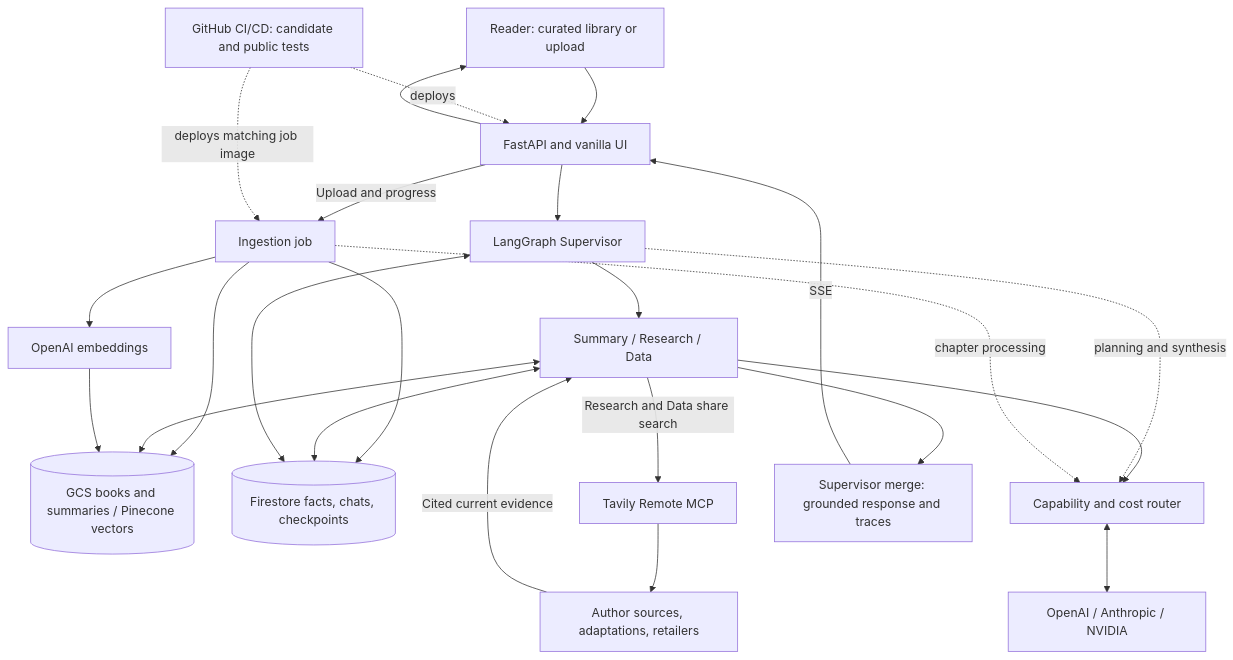
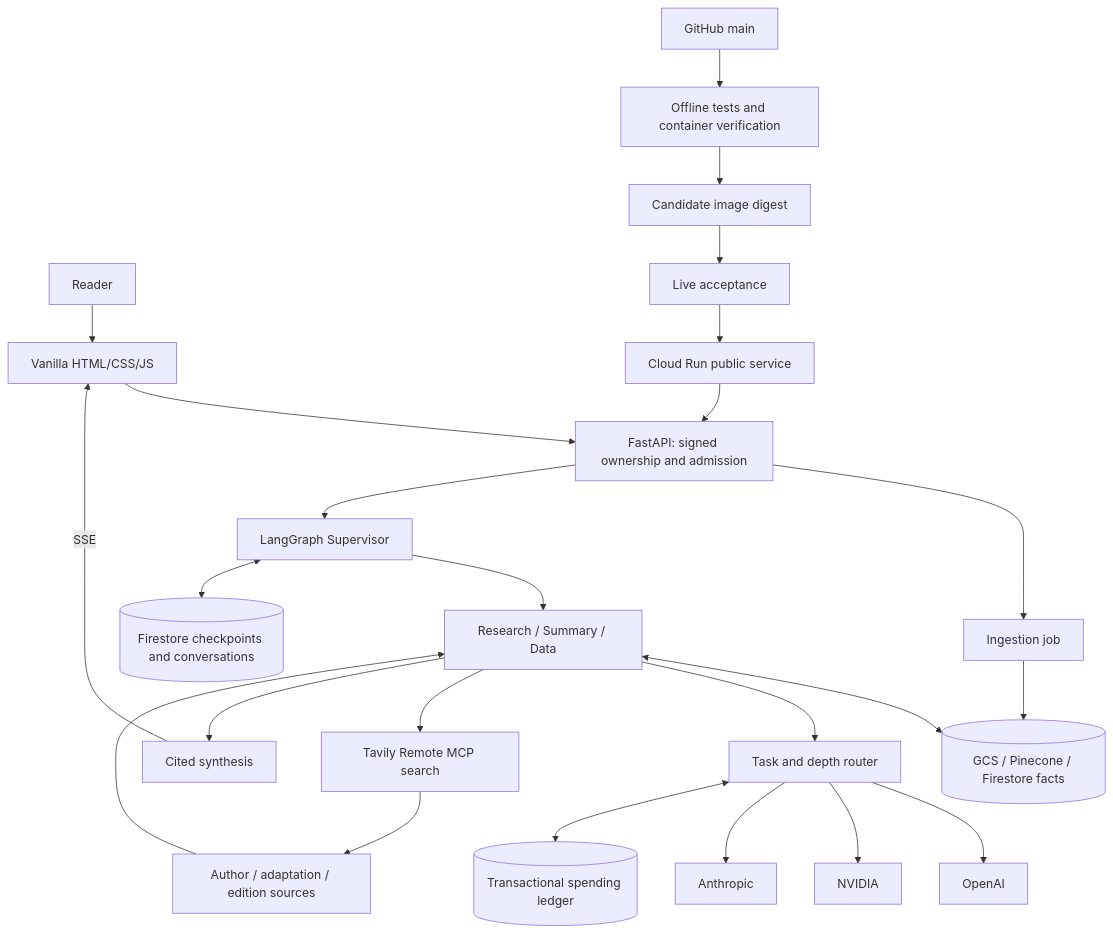
The fourth of 4 diagrams in docs/architecture.md (Arya-Wadhwani07/book_reader), drawn with Mermaid before and after one commit. The commit also changed other lines of this file and 44 other files, not shown here.

Commit message:
Implement book companion agents, durable cloud services, and release tests

````diff
--- a/docs/architecture.md
+++ b/docs/architecture.md
@@ -151,26 +104,26 @@
 ```mermaid
 flowchart TB
-    USER[Reader: curated library or upload] --> WEB[FastAPI and vanilla UI]
-    WEB -->|Upload and progress| ING[Ingestion job]
-    ING --> KNOW[(GCS books and summaries / Pinecone vectors)]
-    ING --> STATE[(Firestore facts, chats, checkpoints)]
-    WEB --> SUP[LangGraph Supervisor]
-    SUP --> TEAM[Summary / Research / Data]
+    USER[Reader] --> UI[Vanilla HTML/CSS/JS]
+    UI --> API[FastAPI: signed ownership and admission]
+    API --> ING[Ingestion job]
+    ING --> KNOW[(GCS / Pinecone / Firestore facts)]
+    API --> SUP[LangGraph Supervisor]
+    SUP --> TEAM[Research / Summary / Data]
     TEAM <--> KNOW
-    TEAM <--> STATE
-    SUP <--> STATE
-    TEAM -->|Research and Data share search| MCP[Tavily Remote MCP]
-    MCP --> EXT[Author sources, adaptations, retailers]
-    EXT -->|Cited current evidence| TEAM
-    TEAM --> ROUTE[Capability and cost router]
-    SUP -. planning and synthesis .-> ROUTE
-    ING -. chapter processing .-> ROUTE
-    ROUTE <--> LLM[OpenAI / Anthropic / NVIDIA]
-    ING --> EMB[OpenAI embeddings]
-    EMB --> KNOW
-    TEAM --> OUT[Supervisor merge: grounded response and traces]
-    OUT -->|SSE| WEB
-    WEB --> USER
-    RELEASE[GitHub CI/CD: candidate and public tests] -. deploys .-> WEB
-    RELEASE -. deploys matching job image .-> ING
+    TEAM --> ROUTE[Task and depth router]
+    ROUTE --> O[OpenAI]
+    ROUTE --> N[NVIDIA]
+    ROUTE --> A[Anthropic]
+    TEAM --> MCP[Tavily Remote MCP search]
+    MCP --> WEB[Author / adaptation / edition sources]
+    WEB --> TEAM
+    TEAM --> FINAL[Cited synthesis]
+    FINAL -->|SSE| UI
+    SUP <--> MEMORY[(Firestore checkpoints and conversations)]
+    ROUTE <--> BUDGET[(Transactional spending ledger)]
+    GH[GitHub main] --> CI[Offline tests and container verification]
+    CI --> CAND[Candidate image digest]
+    CAND --> LIVE[Live acceptance]
+    LIVE --> RUN[Cloud Run public service]
+    RUN --> API
 ```
````
